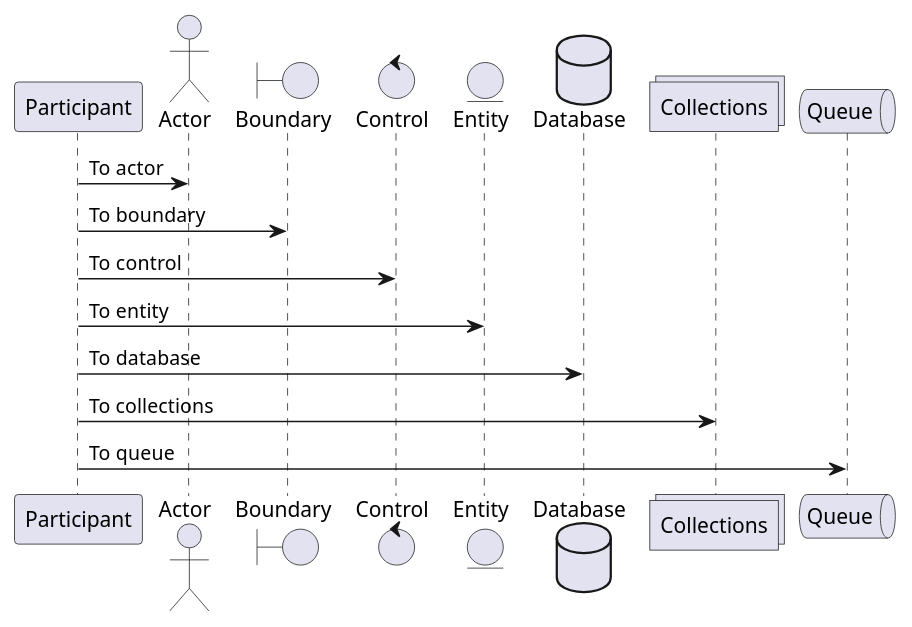
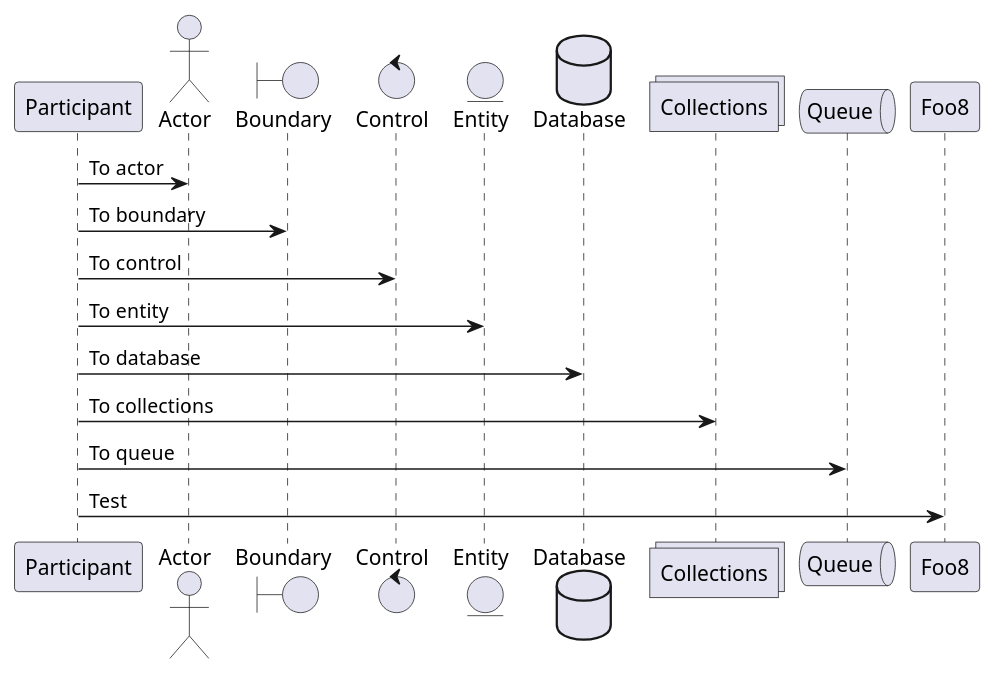
One commit to randika/render-plant-uml-to-wiki changed the diagram in samples/declaring_participant.puml. Above: the diagram before and after it, drawn with PlantUML.

```diff
--- a/samples/declaring_participant.puml
+++ b/samples/declaring_participant.puml
@@ -1,17 +1,18 @@
 @startuml
 participant Participant as Foo
 actor       Actor       as Foo1
 boundary    Boundary    as Foo2
 control     Control     as Foo3
 entity      Entity      as Foo4
 database    Database    as Foo5
 collections Collections as Foo6
 queue       Queue       as Foo7
 Foo -> Foo1 : To actor 
 Foo -> Foo2 : To boundary
 Foo -> Foo3 : To control
 Foo -> Foo4 : To entity
 Foo -> Foo5 : To database
 Foo -> Foo6 : To collections
 Foo -> Foo7: To queue
+Foo -> Foo8: Test
 @enduml
```
